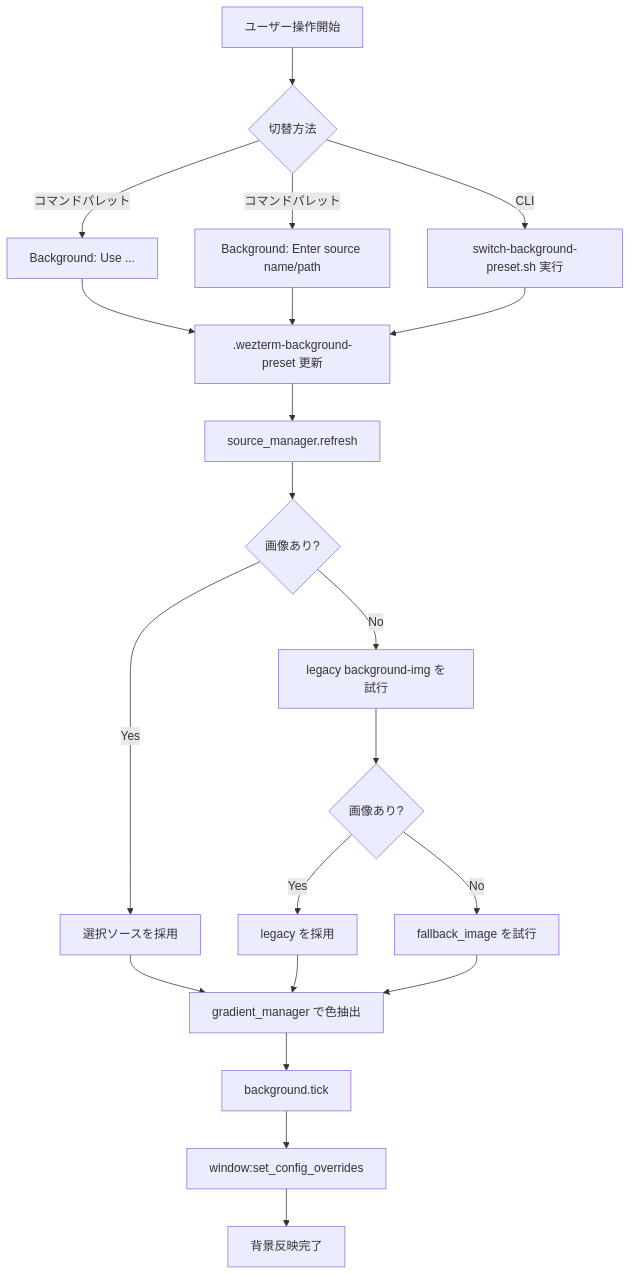
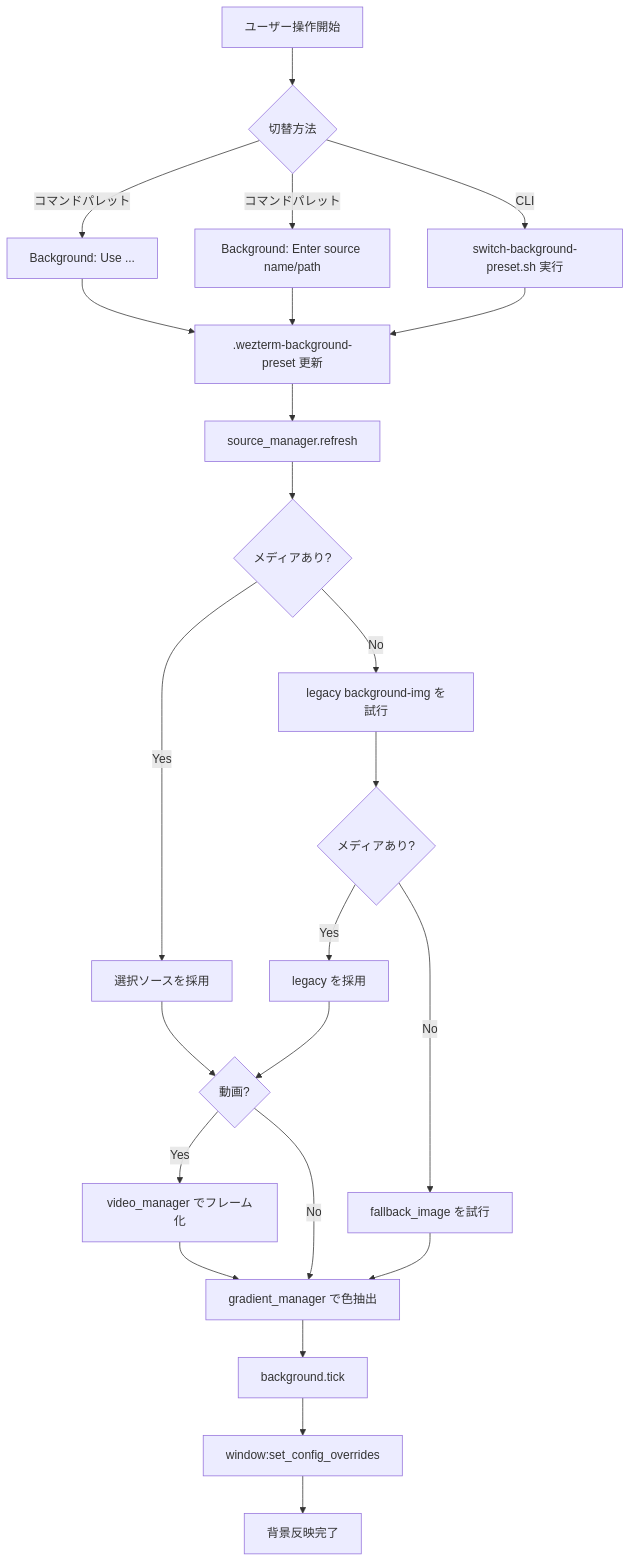
One commit to tukuyomil032/my-wezterm-setting changed the diagram in docs/background-animation-research.md. Above: the diagram before and after it, drawn with Mermaid. The commit also changed other lines of this file and 5 other files, not shown here.

First line of the commit message:
feat: add mp4 mov video background playback

````diff
--- a/docs/background-animation-research.md
+++ b/docs/background-animation-research.md
@@ -152,27 +196,30 @@
 ```mermaid
 flowchart TD
   A[ユーザー操作開始] --> B{切替方法}
   B -->|コマンドパレット| C[Background: Use ...]
   B -->|コマンドパレット| D[Background: Enter source name/path]
   B -->|CLI| E[switch-background-preset.sh 実行]
 
   C --> F[.wezterm-background-preset 更新]
   D --> F
   E --> F
 
   F --> G[source_manager.refresh]
-  G --> H{画像あり?}
+  G --> H{メディアあり?}
   H -->|Yes| I[選択ソースを採用]
   H -->|No| J[legacy background-img を試行]
-  J --> K{画像あり?}
+  J --> K{メディアあり?}
   K -->|Yes| L[legacy を採用]
   K -->|No| M[fallback_image を試行]
 
-  I --> N[gradient_manager で色抽出]
+  I --> N{動画?}
   L --> N
-  M --> N
+  M --> O[gradient_manager で色抽出]
+  N -->|Yes| P[video_manager でフレーム化]
+  N -->|No| O
+  P --> O
 
-  N --> O[background.tick]
-  O --> P[window:set_config_overrides]
-  P --> Q[背景反映完了]
+  O --> Q[background.tick]
+  Q --> R[window:set_config_overrides]
+  R --> S[背景反映完了]
 ```
````
